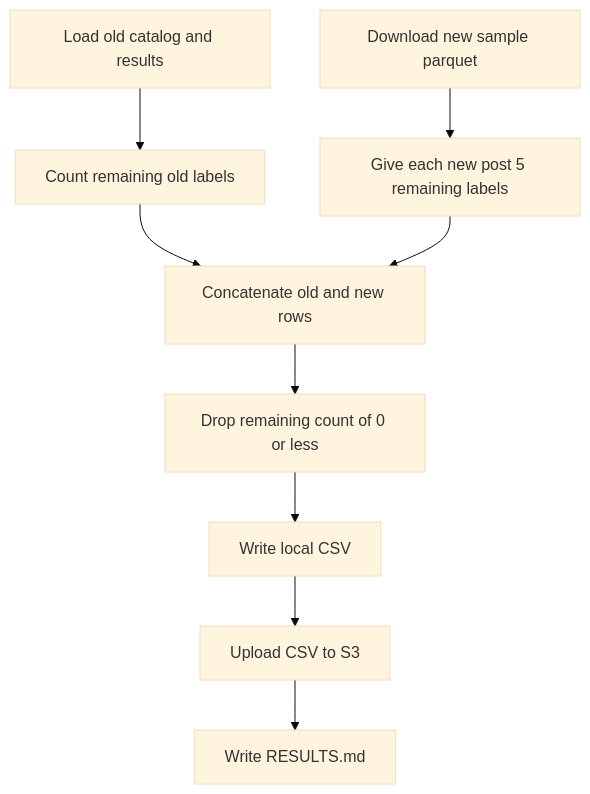
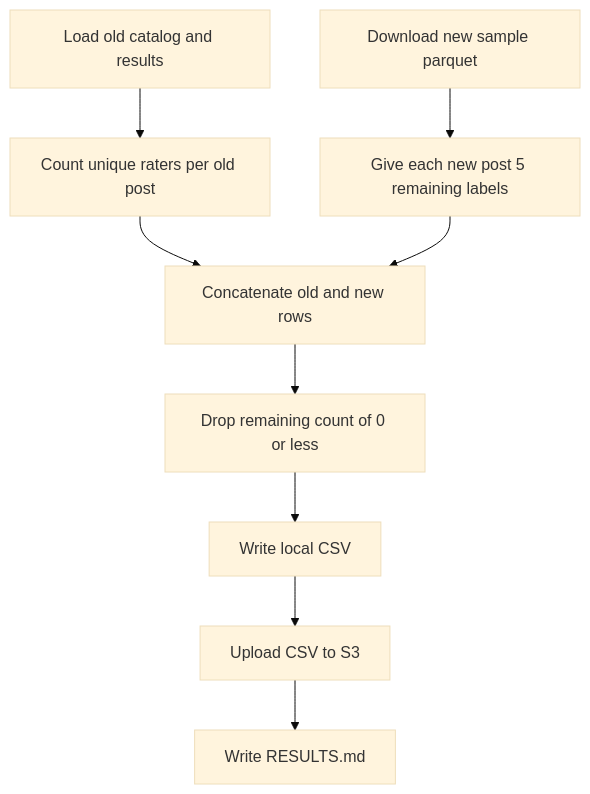
Before and after one commit to METResearchGroup/mirrorView-task: the diagram in docs/plans/2026-09-08_required_label_count_per_post_5fd9ba/plan.md, drawn with Mermaid (base theme). The commit also changed other lines of this file and 2 other files, not shown here.

First line of the commit message:
Revise remaining-label plan for unique raters and README

````diff
--- a/docs/plans/2026-09-08_required_label_count_per_post_5fd9ba/plan.md
+++ b/docs/plans/2026-09-08_required_label_count_per_post_5fd9ba/plan.md
@@ -17,11 +17,11 @@
 ```mermaid
 flowchart TD
-    A[Load old catalog and results] --> C[Count remaining old labels]
+    A[Load old catalog and results] --> C[Count unique raters per old post]
     B[Download new sample parquet] --> D[Give each new post 5 remaining labels]
     C --> E[Concatenate old and new rows]
     D --> E
     E --> F[Drop remaining count of 0 or less]
     F --> G[Write local CSV]
     G --> H[Upload CSV to S3]
     H --> I[Write RESULTS.md]
 ```
````
